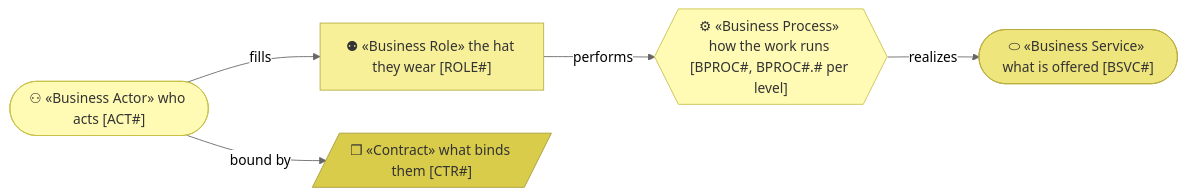
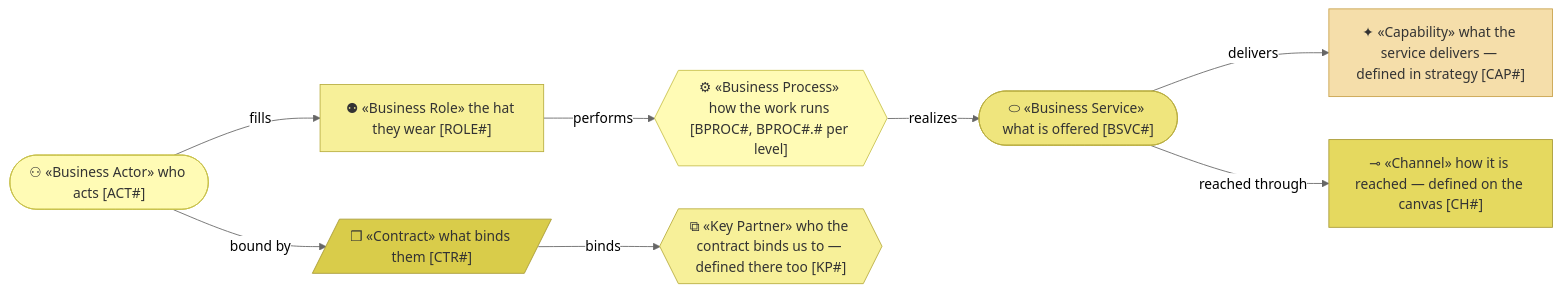
One commit to roanboc/architecture-archreator changed the first of 6 diagrams in org-archreator/architecture/2_business/1_business-architecture.md. Above: the diagram before and after it, drawn with Mermaid (neutral theme). The commit also changed other lines of this file and 17 other files, not shown here.

````diff
--- a/org-archreator/architecture/2_business/1_business-architecture.md
+++ b/org-archreator/architecture/2_business/1_business-architecture.md
@@ -13,18 +13,27 @@
 ```mermaid
 flowchart LR
   act(["⚇ «Business Actor» who acts [ACT#]"]):::business
   role["⚉ «Business Role» the hat they wear [ROLE#]"]:::role
   ctr[/"❒ «Contract» what binds them [CTR#]"/]:::contract
   bsvc(["⬭ «Business Service» what is offered [BSVC#]"]):::service
   bproc{{"⚙ «Business Process» how the work runs [BPROC#, BPROC#.# per level]"}}:::business
+  cap["✦ «Capability» what the service delivers — defined in strategy [CAP#]"]:::capability
+  ch["⊸ «Channel» how it is reached — defined on the canvas [CH#]"]:::channel
+  kp{{"⧉ «Key Partner» who the contract binds us to — defined there too [KP#]"}}:::partner
 
   act -->|fills| role
   act -->|bound by| ctr
+  ctr -->|binds| kp
   role -->|performs| bproc
   bproc -->|realizes| bsvc
+  bsvc -->|delivers| cap
+  bsvc -->|reached through| ch
 
   classDef business fill:#fffbb5,stroke:#c8c04a,color:#333
   classDef role fill:#f7f099,stroke:#b8ad3f,color:#333
   classDef service fill:#efe57d,stroke:#b8ad3f,color:#333
   classDef contract fill:#d9cc4a,stroke:#a89a34,color:#333
+  classDef capability fill:#f5deaa,stroke:#c8a24a,color:#333
+  classDef channel fill:#e5d95f,stroke:#a89a34,color:#333
+  classDef partner fill:#f7f099,stroke:#b8ad3f,color:#333
 ```
````
